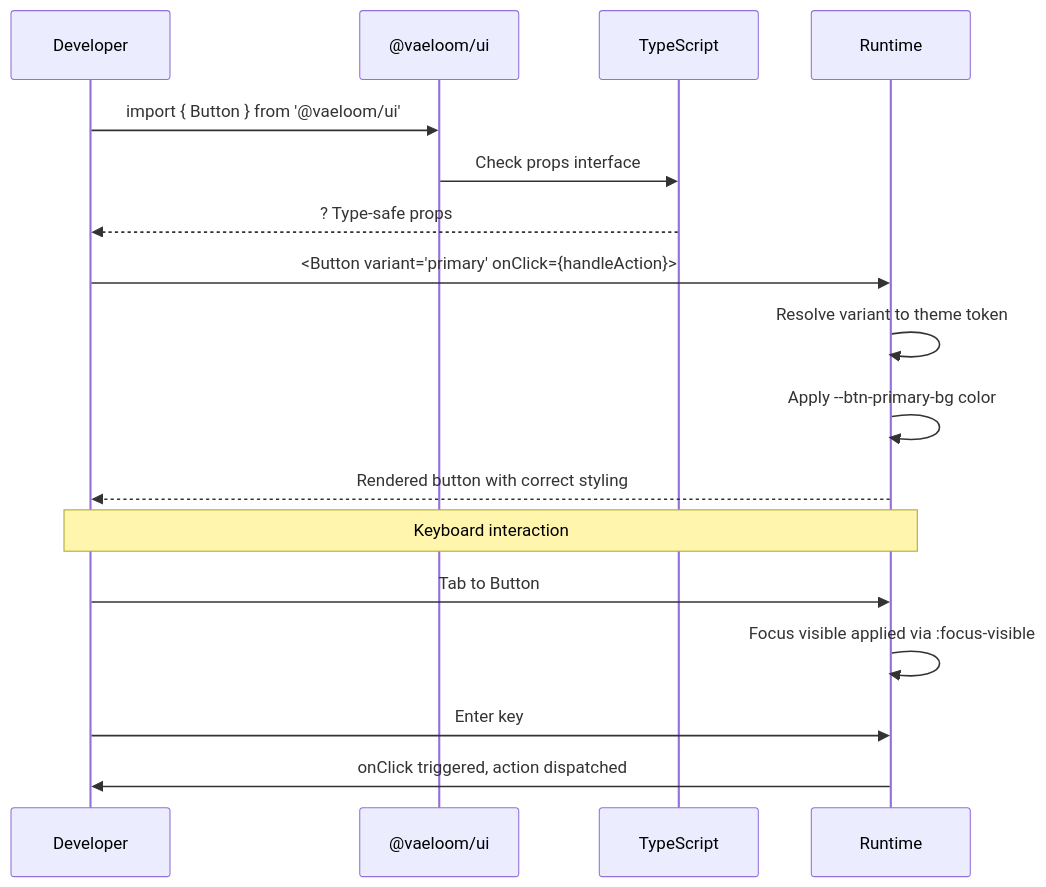
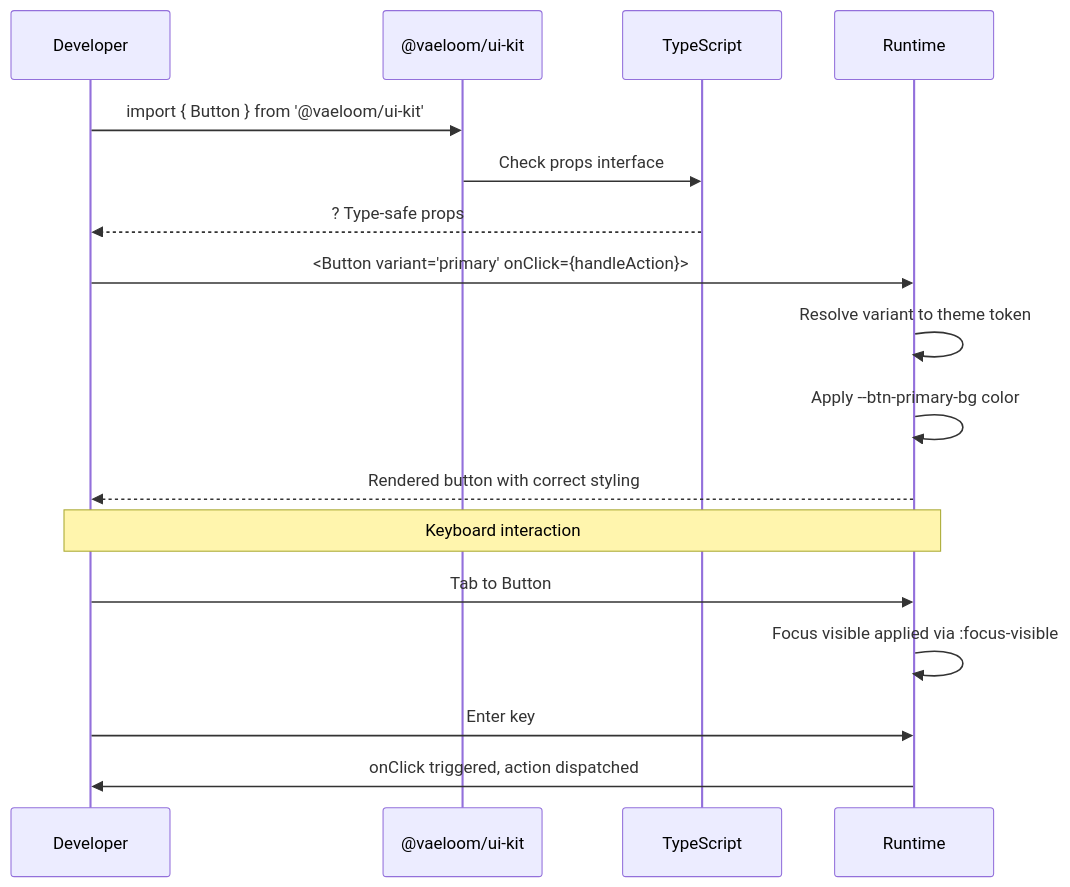
Before and after one commit to Driftloom/Vaeloom: the second of 2 diagrams in docs/frontend/Component-Library.md, drawn with Mermaid. The commit also changed other lines of this file and 23 other files, not shown here.

````diff
--- a/docs/frontend/Component-Library.md
+++ b/docs/frontend/Component-Library.md
@@ -168,21 +216,21 @@
 ```mermaid
 sequenceDiagram
  participant DEV as Developer
- participant LIB as @vaeloom/ui
+  participant LIB as @vaeloom/ui-kit
  participant T as TypeScript
  participant R as Runtime
 
- DEV->>LIB: import { Button } from '@vaeloom/ui'
+  DEV->>LIB: import { Button } from '@vaeloom/ui-kit'
  LIB->>T: Check props interface
  T-->>DEV: ? Type-safe props
  DEV->>R: <Button variant="primary" onClick={handleAction}>
  R->>R: Resolve variant to theme token
  R->>R: Apply --btn-primary-bg color
  R-->>DEV: Rendered button with correct styling
 
  Note over DEV,R: Keyboard interaction
  DEV->>R: Tab to Button
  R->>R: Focus visible applied via :focus-visible
  DEV->>R: Enter key
  R->>DEV: onClick triggered, action dispatched
 ```
````
